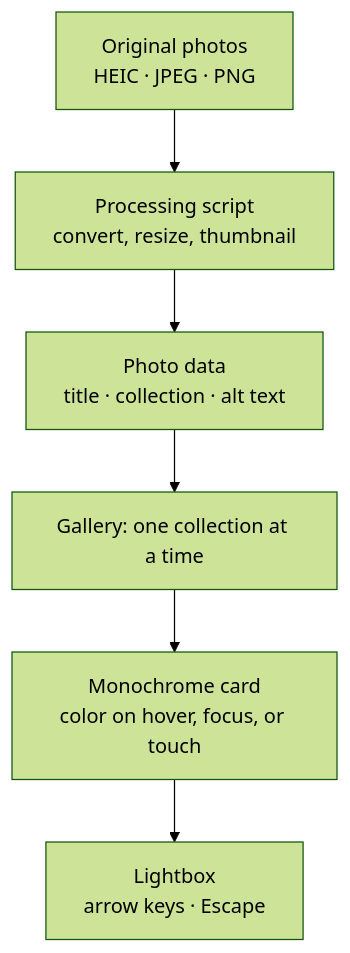
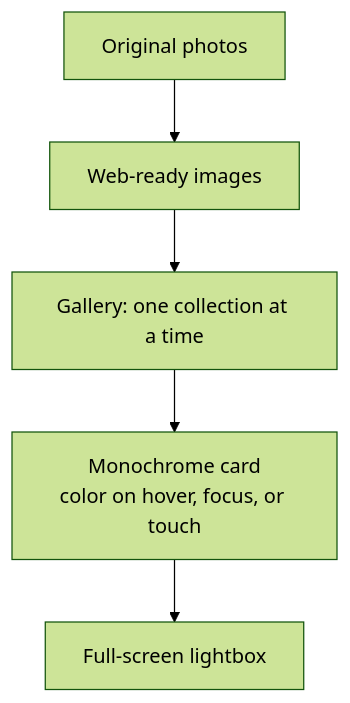
Before and after one commit to DavisHiggins/photos-and-frames-showcase: the diagram in README.md, drawn with Mermaid (forest theme). The commit also changed other lines of this file and 7 other files, not shown here.

````diff
--- a/README.md
+++ b/README.md
@@ -46,8 +52,7 @@
 ```mermaid
 flowchart TB
-    R[Original photos<br/>HEIC · JPEG · PNG] --> S[Processing script<br/>convert, resize, thumbnail]
-    S --> D[Photo data<br/>title · collection · alt text]
-    D --> G[Gallery: one collection at a time]
+    R[Original photos] --> S[Web-ready images]
+    S --> G[Gallery: one collection at a time]
     G --> C[Monochrome card<br/>color on hover, focus, or touch]
-    C --> L[Lightbox<br/>arrow keys · Escape]
+    C --> L[Full-screen lightbox]
 ```
````
